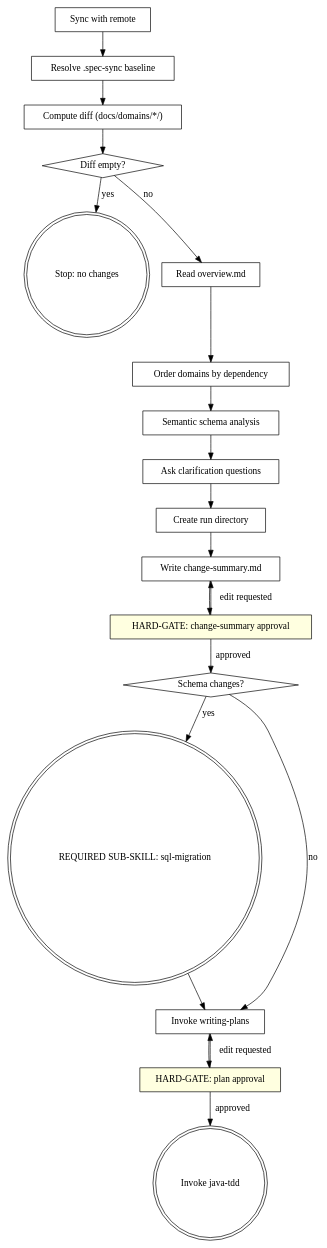
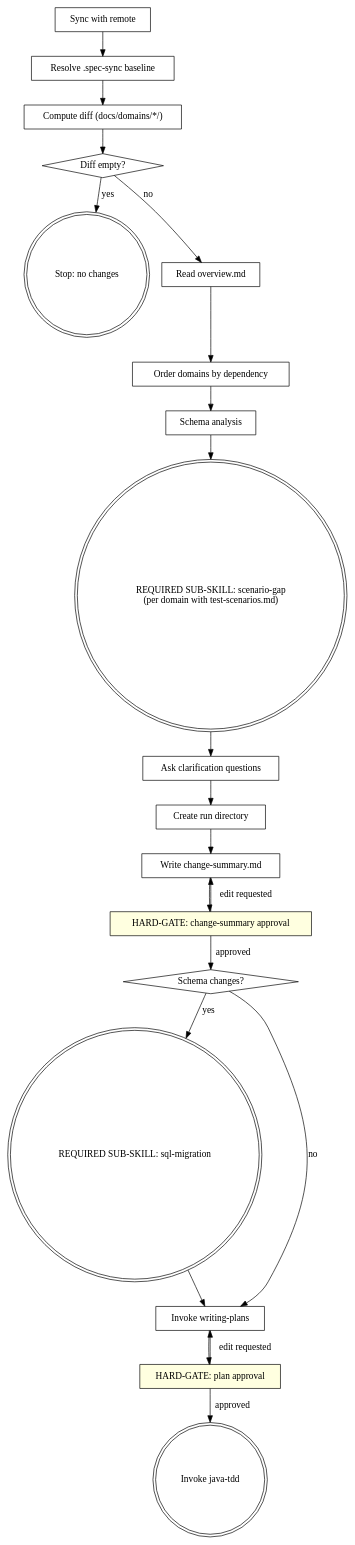
Before and after one commit to honghaowuu/jkit: the first of 3 diagrams in docs/superpowers/specs/2026-04-21-jkit-iter2-core-loop.md, drawn with Graphviz. The commit also changed other lines of this file and 3 other files, not shown here.

First line of the commit message:
fix(design): relocate jkit artifacts to .jkit/, introduce scenario-gap + scenario-tdd

````diff
--- a/docs/superpowers/specs/2026-04-21-jkit-iter2-core-loop.md
+++ b/docs/superpowers/specs/2026-04-21-jkit-iter2-core-loop.md
@@ -78,41 +80,43 @@
 ```dot
 digraph spec_delta {
     "Sync with remote" [shape=box];
     "Resolve .spec-sync baseline" [shape=box];
     "Compute diff (docs/domains/*/)" [shape=box];
     "Diff empty?" [shape=diamond];
     "Stop: no changes" [shape=doublecircle];
     "Read overview.md" [shape=box];
     "Order domains by dependency" [shape=box];
-    "Semantic schema analysis" [shape=box];
+    "Schema analysis" [shape=box];
+    "REQUIRED SUB-SKILL: scenario-gap\n(per domain with test-scenarios.md)" [shape=doublecircle];
     "Ask clarification questions" [shape=box];
     "Create run directory" [shape=box];
     "Write change-summary.md" [shape=box];
     "HARD-GATE: change-summary approval" [shape=box style=filled fillcolor=lightyellow];
     "Schema changes?" [shape=diamond];
     "REQUIRED SUB-SKILL: sql-migration" [shape=doublecircle];
     "Invoke writing-plans" [shape=box];
     "HARD-GATE: plan approval" [shape=box style=filled fillcolor=lightyellow];
     "Invoke java-tdd" [shape=doublecircle];
 
     "Sync with remote" -> "Resolve .spec-sync baseline";
     "Resolve .spec-sync baseline" -> "Compute diff (docs/domains/*/)" ;
     "Compute diff (docs/domains/*/)" -> "Diff empty?";
     "Diff empty?" -> "Stop: no changes" [label="yes"];
     "Diff empty?" -> "Read overview.md" [label="no"];
     "Read overview.md" -> "Order domains by dependency";
-    "Order domains by dependency" -> "Semantic schema analysis";
-    "Semantic schema analysis" -> "Ask clarification questions";
+    "Order domains by dependency" -> "Schema analysis";
+    "Schema analysis" -> "REQUIRED SUB-SKILL: scenario-gap\n(per domain with test-scenarios.md)";
+    "REQUIRED SUB-SKILL: scenario-gap\n(per domain with test-scenarios.md)" -> "Ask clarification questions";
     "Ask clarification questions" -> "Create run directory";
     "Create run directory" -> "Write change-summary.md";
     "Write change-summary.md" -> "HARD-GATE: change-summary approval";
     "HARD-GATE: change-summary approval" -> "Schema changes?" [label="approved"];
     "HARD-GATE: change-summary approval" -> "Write change-summary.md" [label="edit requested"];
     "Schema changes?" -> "REQUIRED SUB-SKILL: sql-migration" [label="yes"];
     "Schema changes?" -> "Invoke writing-plans" [label="no"];
     "REQUIRED SUB-SKILL: sql-migration" -> "Invoke writing-plans";
     "Invoke writing-plans" -> "HARD-GATE: plan approval";
     "HARD-GATE: plan approval" -> "Invoke java-tdd" [label="approved"];
     "HARD-GATE: plan approval" -> "Invoke writing-plans" [label="edit requested"];
 }
 ```
````
